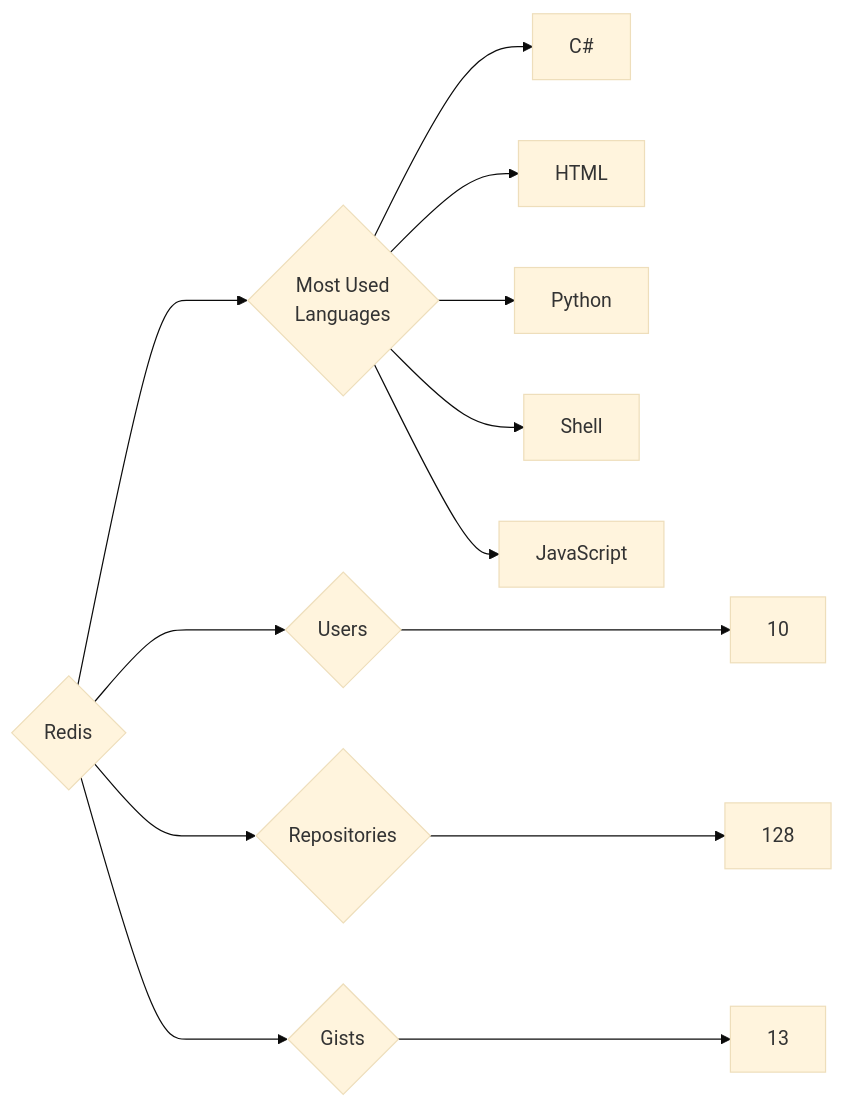
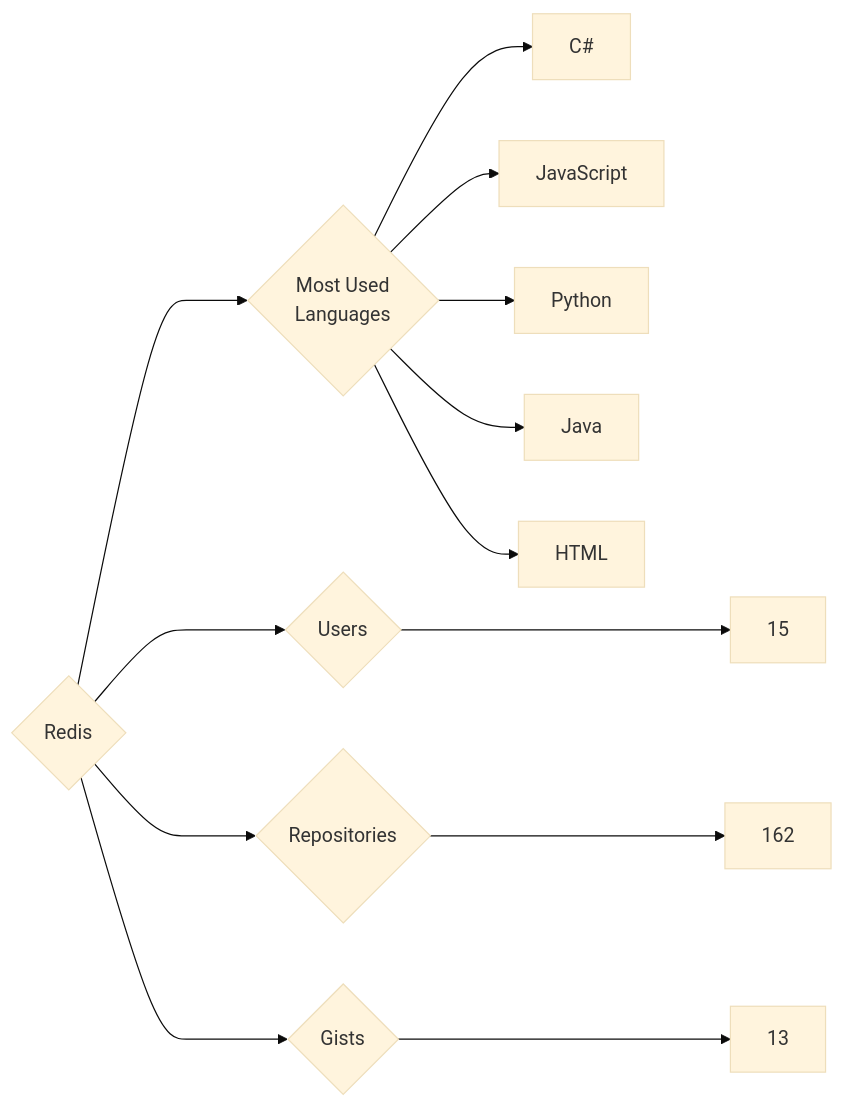
Before and after one commit to trickest/insiders: the diagram in targets/Redis/README.md, drawn with Mermaid (base theme). The commit also changed 1389 other files, not shown here.

````diff
--- a/targets/Redis/README.md
+++ b/targets/Redis/README.md
@@ -3,13 +3,13 @@
 ```mermaid
 graph LR
 COMPANY_NAME{Redis}
-COMPANY_NAME ---> U{Users} ---> UN[10]
-COMPANY_NAME ---> R{Repositories} ---> RN[128]
+COMPANY_NAME ---> U{Users} ---> UN[15]
+COMPANY_NAME ---> R{Repositories} ---> RN[162]
 COMPANY_NAME ---> G{Gists} ---> GN[13]
 COMPANY_NAME ---> ML{Most Used<br>Languages}
 ML --> C#[C#]
+ML --> JavaScript[JavaScript]
+ML --> Python[Python]
+ML --> Java[Java]
 ML --> HTML[HTML]
-ML --> Python[Python]
-ML --> Shell[Shell]
-ML --> JavaScript[JavaScript]
 ```
````
